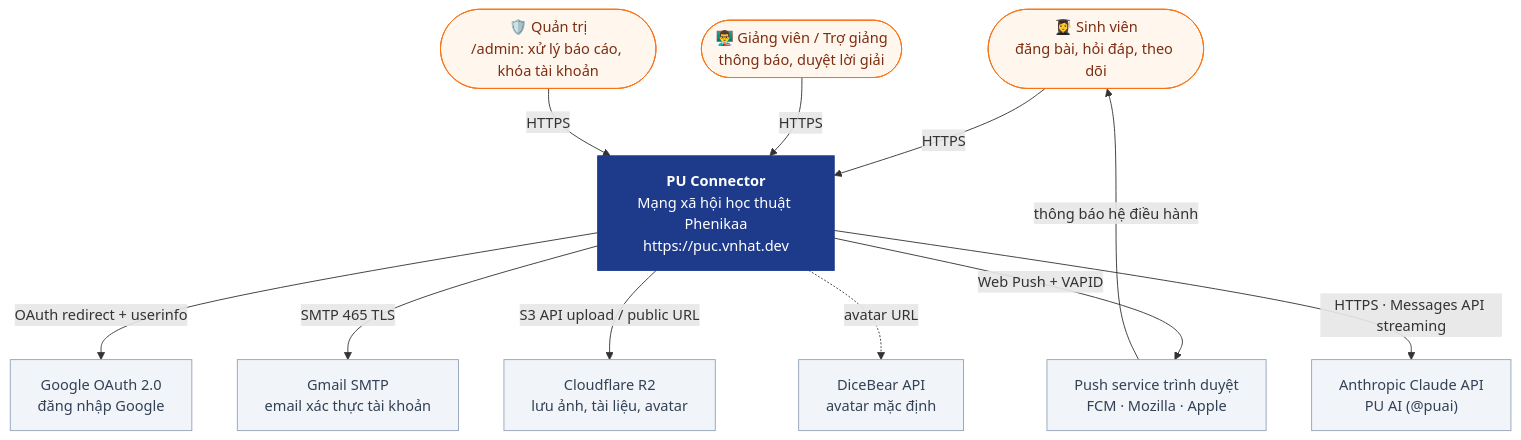
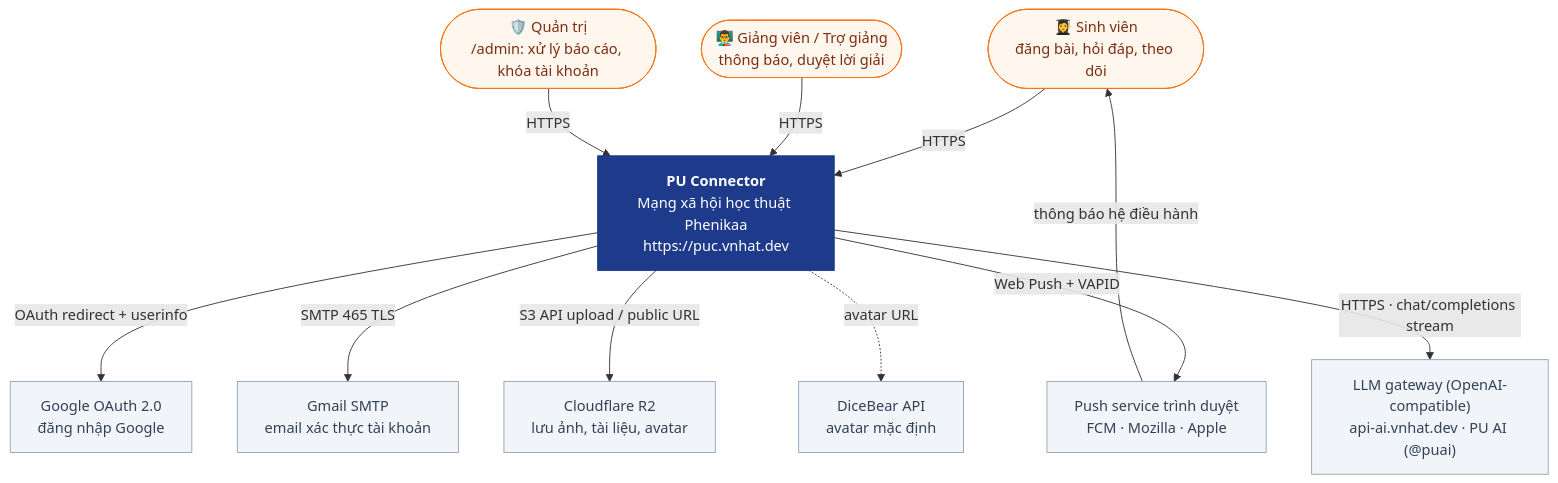
The diagram in docs/diagrams/01-system-context.md (nhatcoi/pu-connect), drawn with Mermaid before and after one commit. The commit also changed other lines of this file and 6 other files, not shown here.

Commit message:
docs: PU AI uses an OpenAI-compatible gateway

````diff
--- a/docs/diagrams/01-system-context.md
+++ b/docs/diagrams/01-system-context.md
@@ -5,35 +5,35 @@
 ```mermaid
 flowchart TB
   student(["👩‍🎓 Sinh viên<br/>đăng bài, hỏi đáp, theo dõi"])
   lecturer(["👨‍🏫 Giảng viên / Trợ giảng<br/>thông báo, duyệt lời giải"])
   admin(["🛡️ Quản trị<br/>/admin: xử lý báo cáo, khóa tài khoản"])
 
   puc["<b>PU Connector</b><br/>Mạng xã hội học thuật Phenikaa<br/>https://puc.vnhat.dev"]
 
   google["Google OAuth 2.0<br/>đăng nhập Google"]
   gmail["Gmail SMTP<br/>email xác thực tài khoản"]
   r2["Cloudflare R2<br/>lưu ảnh, tài liệu, avatar"]
   dicebear["DiceBear API<br/>avatar mặc định"]
   pushsvc["Push service trình duyệt<br/>FCM · Mozilla · Apple"]
-  llm["Anthropic Claude API<br/>PU AI (@puai)"]
+  llm["LLM gateway (OpenAI-compatible)<br/>api-ai.vnhat.dev · PU AI (@puai)"]
 
   student -->|HTTPS| puc
   lecturer -->|HTTPS| puc
   admin -->|HTTPS| puc
 
   puc -->|OAuth redirect + userinfo| google
   puc -->|SMTP 465 TLS| gmail
   puc -->|S3 API upload / public URL| r2
   puc -->|Web Push + VAPID| pushsvc
   pushsvc -->|thông báo hệ điều hành| student
   puc -.->|avatar URL| dicebear
-  puc -->|HTTPS · Messages API streaming| llm
+  puc -->|HTTPS · chat/completions stream| llm
 
   classDef system fill:#1e3a8a,stroke:#1e3a8a,color:#fff
   classDef external fill:#f1f5f9,stroke:#94a3b8,color:#334155
   classDef person fill:#fff7ed,stroke:#f97316,color:#7c2d12
   classDef planned fill:#fff,stroke:#94a3b8,color:#64748b,stroke-dasharray:5 5
   class puc system
   class google,gmail,r2,dicebear,pushsvc,llm external
   class student,lecturer,admin person
 ```
````
